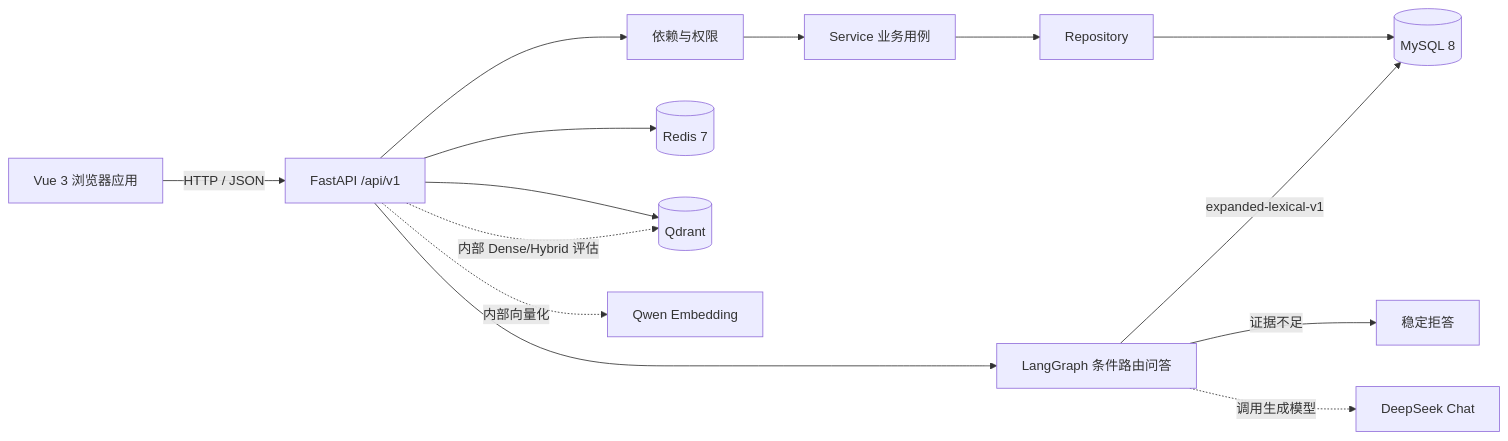
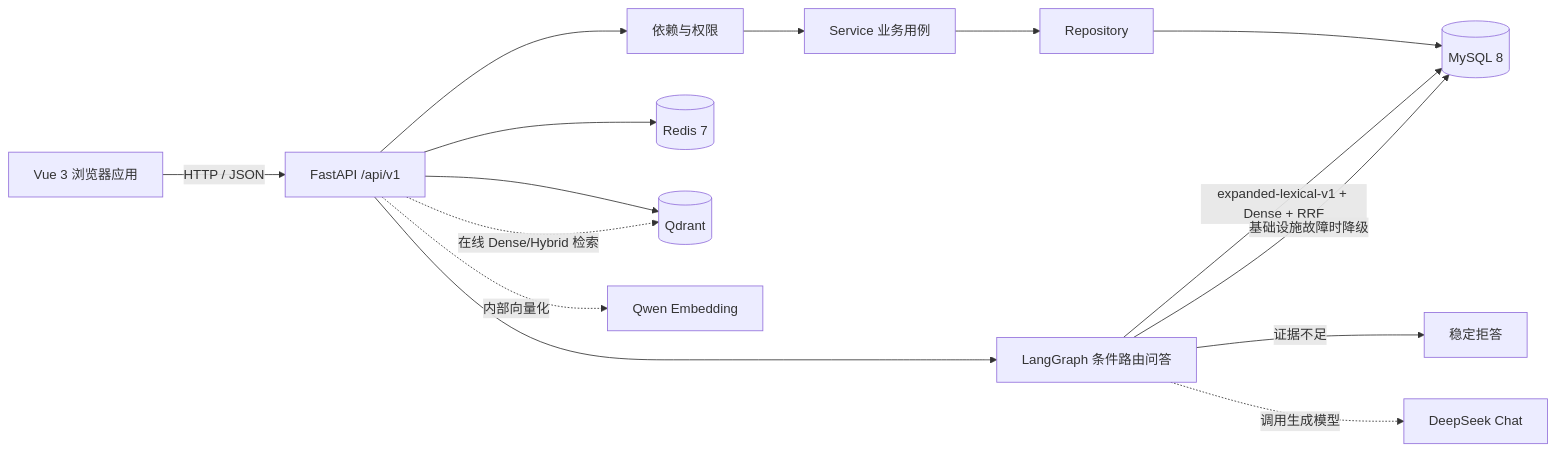
One commit to zjy-yuan/poem-rag changed the first of 2 diagrams in docs/PROJECT_GUIDE.md. Above: the diagram before and after it, drawn with Mermaid. The commit also changed other lines of this file and 4 other files, not shown here.

````diff
--- a/docs/PROJECT_GUIDE.md
+++ b/docs/PROJECT_GUIDE.md
@@ -46,16 +47,17 @@
 ```mermaid
 flowchart LR
     B[Vue 3 浏览器应用] -->|HTTP / JSON| A[FastAPI /api/v1]
     A --> D[依赖与权限]
     D --> S[Service 业务用例]
     S --> R[Repository]
     R --> M[(MySQL 8)]
     A --> C[(Redis 7)]
     A --> Q[(Qdrant)]
     A --> G[LangGraph 条件路由问答]
-    G -->|expanded-lexical-v1| M
+    G -->|expanded-lexical-v1 + Dense + RRF| M
+    G -->|基础设施故障时降级| M
     G -->|证据不足| X[稳定拒答]
     G -. 调用生成模型 .-> P[DeepSeek Chat]
-    A -. 内部 Dense/Hybrid 评估 .-> Q
+    A -. 在线 Dense/Hybrid 检索 .-> Q
     A -. 内部向量化 .-> E[Qwen Embedding]
 ```
````
